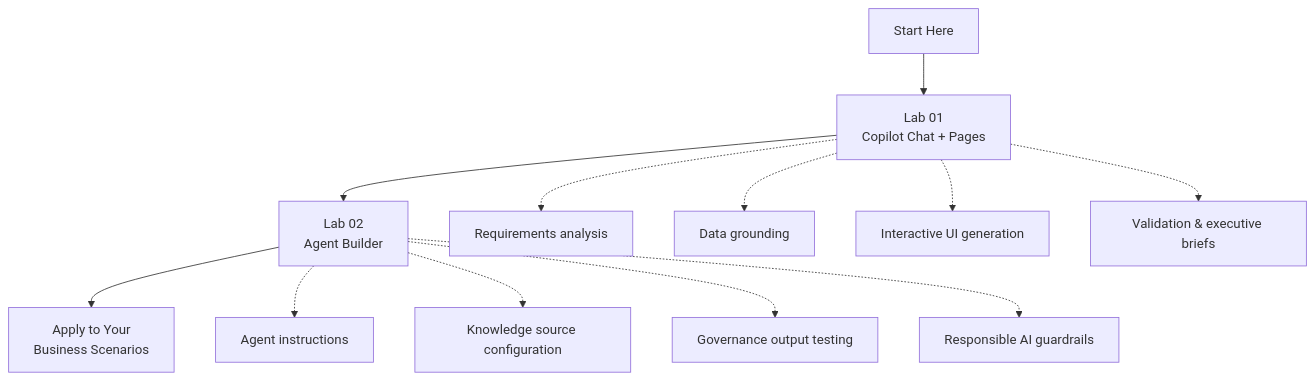
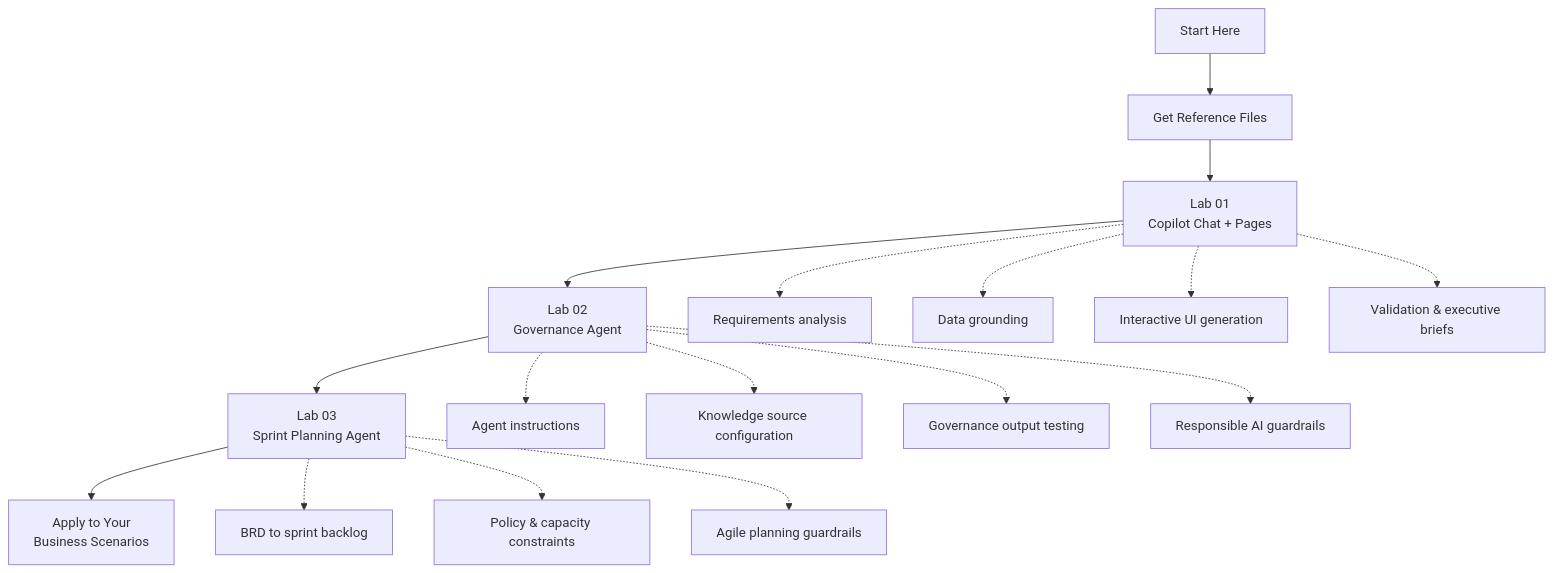
One commit to UID-Technologies/webinar-m365-copilot changed the second of 2 diagrams in README.md. Above: the diagram before and after it, drawn with Mermaid. The commit also changed other lines of this file and 21 other files, not shown here.

````diff
--- a/README.md
+++ b/README.md
@@ -67,16 +104,22 @@
 ```mermaid
 flowchart TB
-    START["Start Here"] --> L1["Lab 01<br/>Copilot Chat + Pages"]
-    L1 --> L2["Lab 02<br/>Agent Builder"]
-    L2 --> DONE["Apply to Your<br/>Business Scenarios"]
+    START["Start Here"] --> REF["Get Reference Files"]
+    REF --> L1["Lab 01<br/>Copilot Chat + Pages"]
+    L1 --> L2["Lab 02<br/>Governance Agent"]
+    L2 --> L3["Lab 03<br/>Sprint Planning Agent"]
+    L3 --> DONE["Apply to Your<br/>Business Scenarios"]
 
     L1 -.-> SK1["Requirements analysis"]
     L1 -.-> SK2["Data grounding"]
     L1 -.-> SK3["Interactive UI generation"]
     L1 -.-> SK4["Validation & executive briefs"]
 
     L2 -.-> SK5["Agent instructions"]
     L2 -.-> SK6["Knowledge source configuration"]
     L2 -.-> SK7["Governance output testing"]
     L2 -.-> SK8["Responsible AI guardrails"]
+
+    L3 -.-> SK9["BRD to sprint backlog"]
+    L3 -.-> SK10["Policy & capacity constraints"]
+    L3 -.-> SK11["Agile planning guardrails"]
 ```
````
